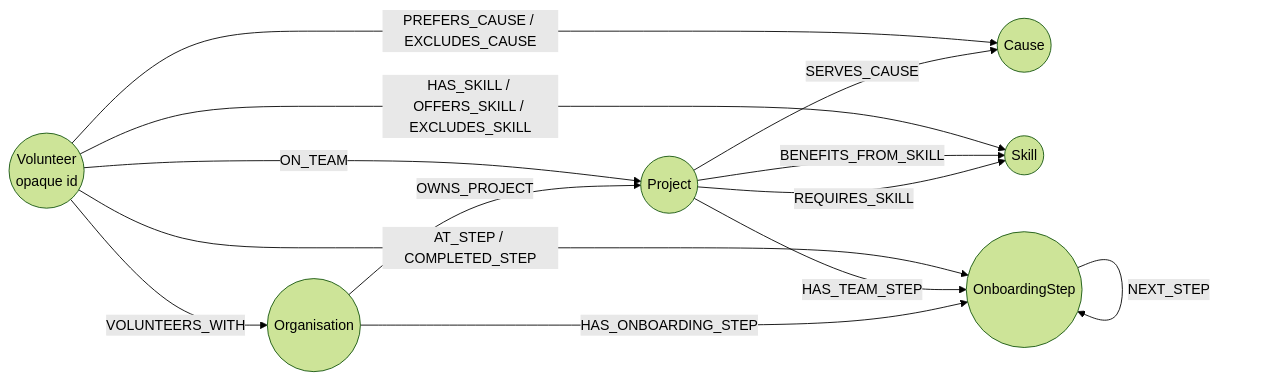
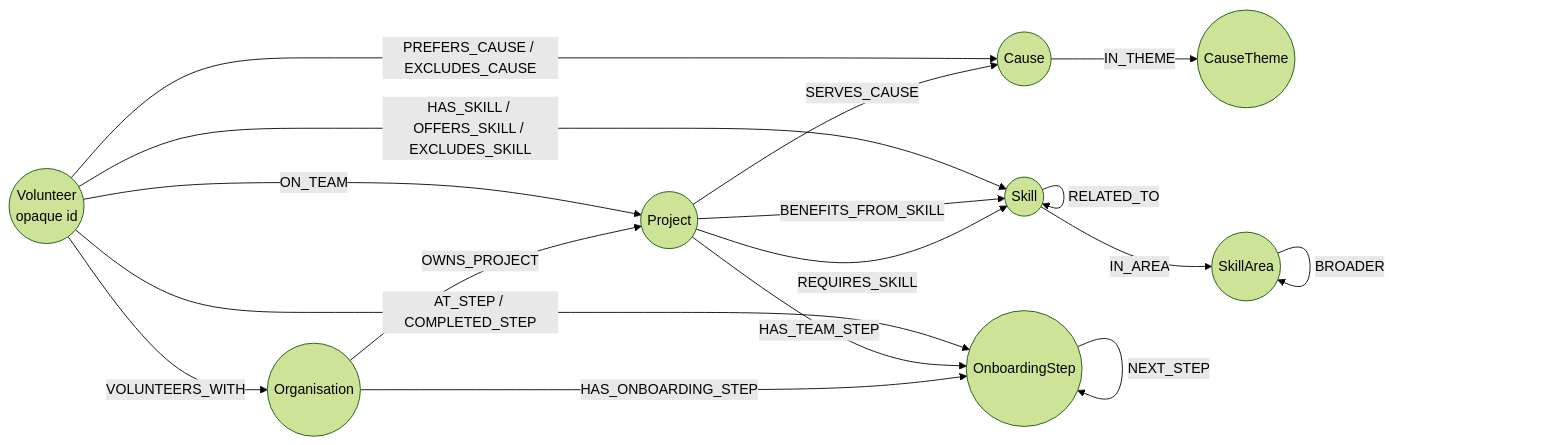
Before and after one commit to TheCyberScallywag/hackEntry: the second of 3 diagrams in docs/content/project/relate.md, drawn with Mermaid (forest theme). The commit also changed other lines of this file and 21 other files, not shown here.

First line of the commit message:
ADDED: skills ontology in the catalogue and the graph

````diff
--- a/docs/content/project/relate.md
+++ b/docs/content/project/relate.md
@@ -92,15 +92,19 @@
 ```mermaid
 flowchart LR
   O((Organisation)) -- OWNS_PROJECT --> P((Project))
   P -- SERVES_CAUSE --> C((Cause))
+  C -- IN_THEME --> CT((CauseTheme))
+  S -- IN_AREA --> SA((SkillArea))
+  SA -- BROADER --> SA
+  S -- RELATED_TO --> S
   P -- REQUIRES_SKILL --> S((Skill))
   P -- BENEFITS_FROM_SKILL --> S
   V((Volunteer<br/>opaque id)) -- "VOLUNTEERS_WITH" --> O
   V -- "HAS_SKILL / OFFERS_SKILL / EXCLUDES_SKILL" --> S
   V -- "PREFERS_CAUSE / EXCLUDES_CAUSE" --> C
   V -- "ON_TEAM" --> P
   O -- HAS_ONBOARDING_STEP --> T((OnboardingStep))
   P -- HAS_TEAM_STEP --> T
   T -- NEXT_STEP --> T
   V -- "AT_STEP / COMPLETED_STEP" --> T
 ```
````
